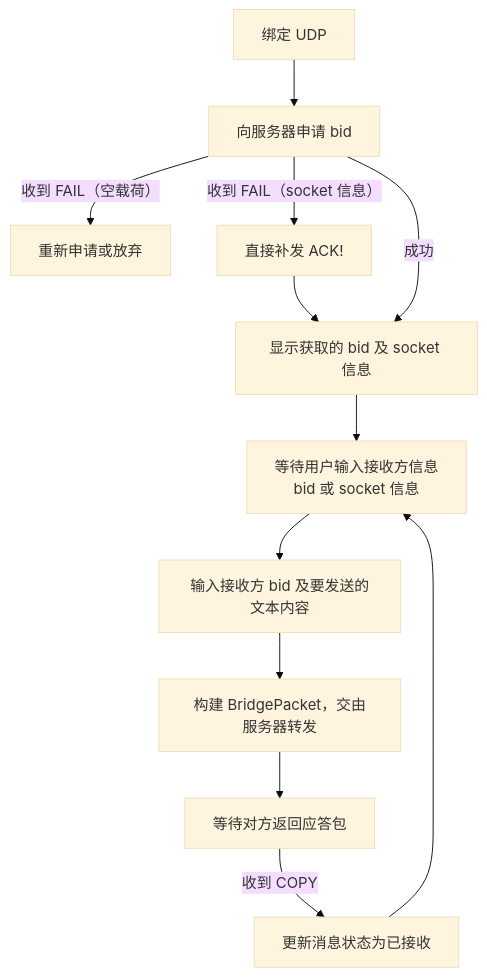
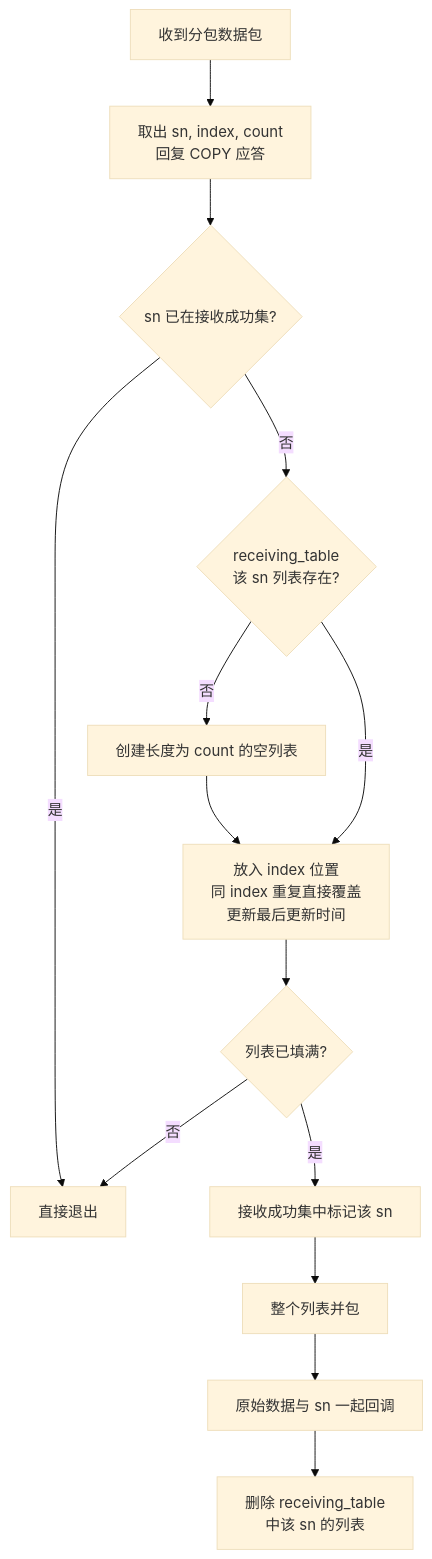
One commit to moky/magpie changed the second of 3 diagrams in docs/client.md. Above: the diagram before and after it, drawn with Mermaid (base theme). The commit also changed other lines of this file and 11 other files, not shown here.

````diff
--- a/docs/client.md
+++ b/docs/client.md
@@ -56,14 +104,16 @@
 ```mermaid
 flowchart TD
-    B1[绑定 UDP] --> B2[向服务器申请 bid]
-    B2 -- "收到 FAIL（空载荷）" --> B2R[重新申请或放弃]
-    B2 -- "收到 FAIL（socket 信息）" --> B2C[直接补发 ACK!]
-    B2C --> B3
-    B2 -- "成功" --> B3[显示获取的 bid 及 socket 信息]
-    B3 --> B4[等待用户输入接收方信息<br/>bid 或 socket 信息]
-    B4 --> B5[输入接收方 bid 及要发送的文本内容]
-    B5 --> B6[构建 BridgePacket，交由服务器转发]
-    B6 --> B7[等待对方返回应答包]
-    B7 -- "收到 COPY" --> B8[更新消息状态为已接收]
-    B8 --> B4
+    IN[收到分包数据包] --> C1[取出 sn, index, count<br/>回复 COPY 应答]
+    C1 --> C2{sn 已在接收成功集?}
+    C2 -- 是 --> EXIT[直接退出]
+    C2 -- 否 --> C3{receiving_table<br/>该 sn 列表存在?}
+    C3 -- 否 --> CREATE[创建长度为 count 的空列表]
+    CREATE --> C4
+    C3 -- 是 --> C4[放入 index 位置<br/>同 index 重复直接覆盖<br/>更新最后更新时间]
+    C4 --> C5{列表已填满?}
+    C5 -- 否 --> EXIT
+    C5 -- 是 --> MARK[接收成功集中标记该 sn]
+    MARK --> MERGE[整个列表并包]
+    MERGE --> CALLBACK[原始数据与 sn 一起回调]
+    CALLBACK --> CLEAN[删除 receiving_table<br/>中该 sn 的列表]
 ```
````
